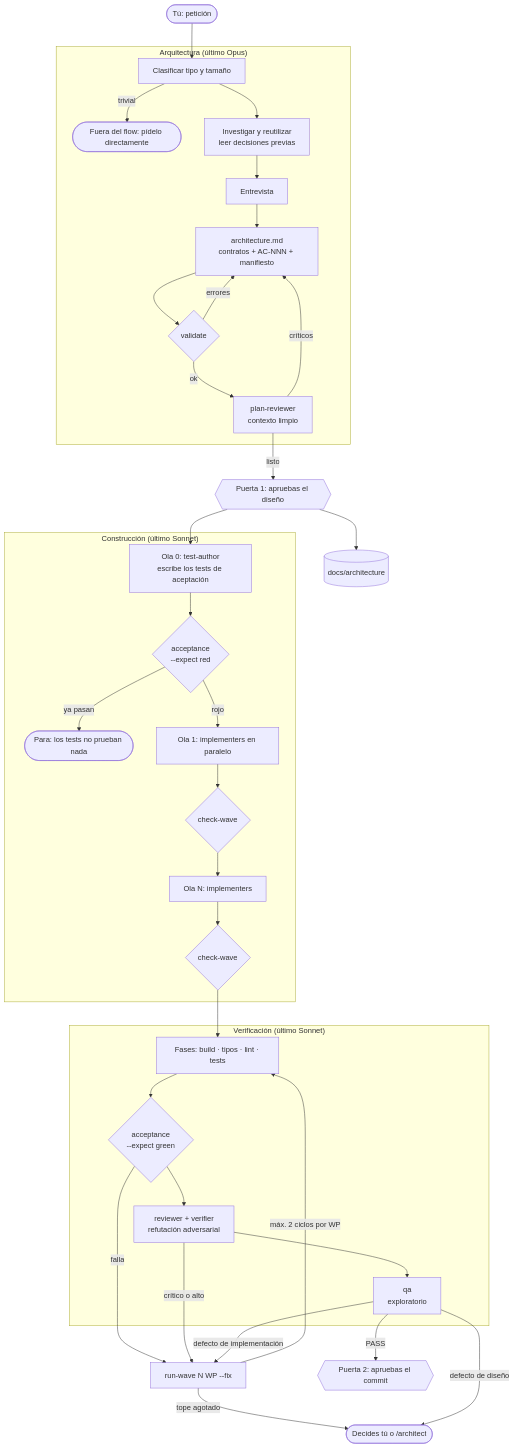
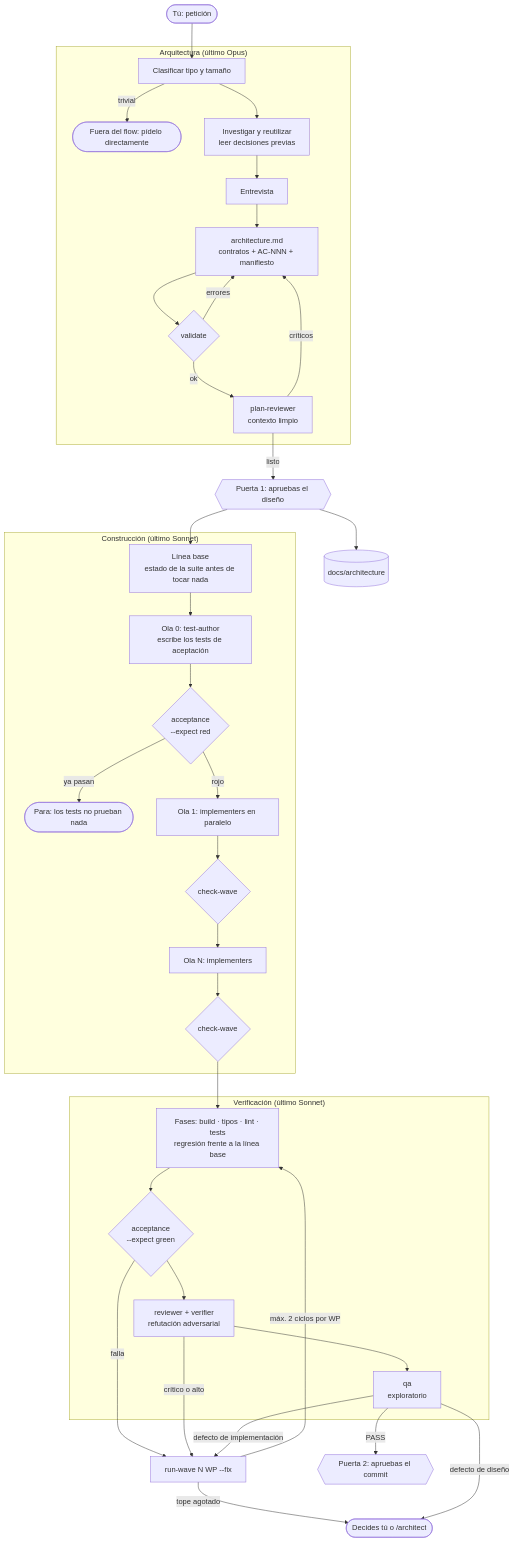
One commit to jagosar/agentic-flow changed the first of 5 diagrams in docs/how-it-works.md. Above: the diagram before and after it, drawn with Mermaid. The commit also changed other lines of this file and 9 other files, not shown here.

````diff
--- a/docs/how-it-works.md
+++ b/docs/how-it-works.md
@@ -20,44 +20,45 @@
 ```mermaid
 flowchart TD
     U(["Tú: petición"]) --> C
 
     subgraph A["Arquitectura (último Opus)"]
         C["Clasificar tipo y tamaño"] -->|trivial| X(["Fuera del flow: pídelo directamente"])
         C --> R["Investigar y reutilizar<br/>leer decisiones previas"]
         R --> I["Entrevista"]
         I --> D["architecture.md<br/>contratos + AC-NNN + manifiesto"]
         D --> V{"validate"}
         V -->|errores| D
         V -->|ok| PR["plan-reviewer<br/>contexto limpio"]
         PR -->|críticos| D
     end
 
     PR -->|listo| G1{{"Puerta 1: apruebas el diseño"}}
     G1 --> ARC[("docs/architecture")]
 
     subgraph B["Construcción (último Sonnet)"]
+        BL["Línea base<br/>estado de la suite antes de tocar nada"] --> AT
         AT["Ola 0: test-author<br/>escribe los tests de aceptación"] --> RED{"acceptance<br/>--expect red"}
         RED -->|ya pasan| STOP1(["Para: los tests no prueban nada"])
         RED -->|rojo| W1["Ola 1: implementers en paralelo"]
         W1 --> CW1{"check-wave"}
         CW1 --> W2["Ola N: implementers"]
         W2 --> CWN{"check-wave"}
     end
 
-    G1 --> AT
+    G1 --> BL
 
     subgraph C2["Verificación (último Sonnet)"]
-        VF["Fases: build · tipos · lint · tests"] --> GREEN{"acceptance<br/>--expect green"}
+        VF["Fases: build · tipos · lint · tests<br/>regresión frente a la línea base"] --> GREEN{"acceptance<br/>--expect green"}
         GREEN --> RV["reviewer + verifier<br/>refutación adversarial"]
         RV --> QA["qa<br/>exploratorio"]
     end
 
     CWN --> VF
     GREEN -->|falla| FIX
     RV -->|crítico o alto| FIX
     QA -->|defecto de implementación| FIX["run-wave N WP --fix"]
     FIX -->|máx. 2 ciclos por WP| VF
     FIX -->|tope agotado| H(["Decides tú o /architect"])
     QA -->|defecto de diseño| H
     QA -->|PASS| G2{{"Puerta 2: apruebas el commit"}}
 ```
````
